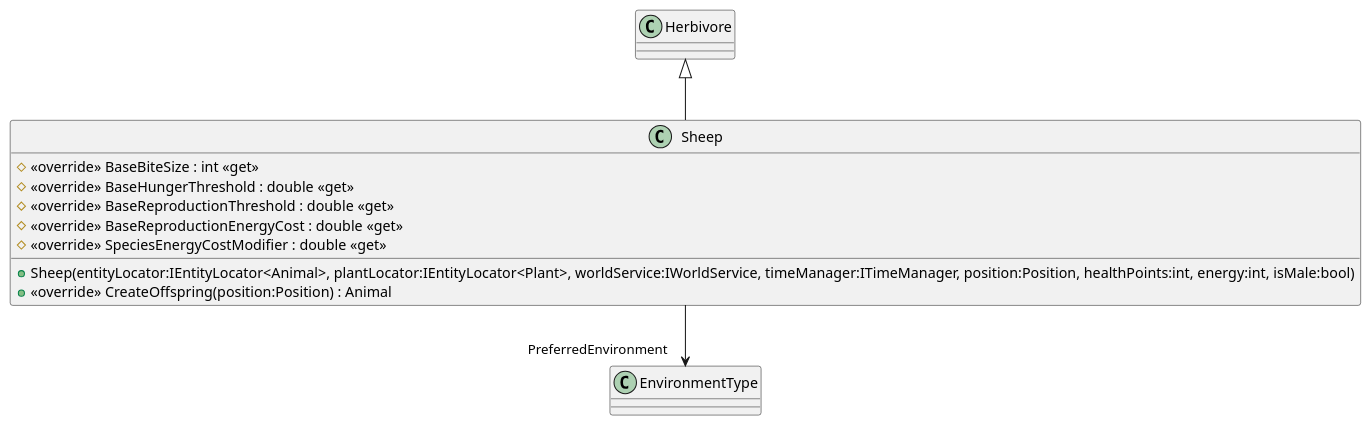
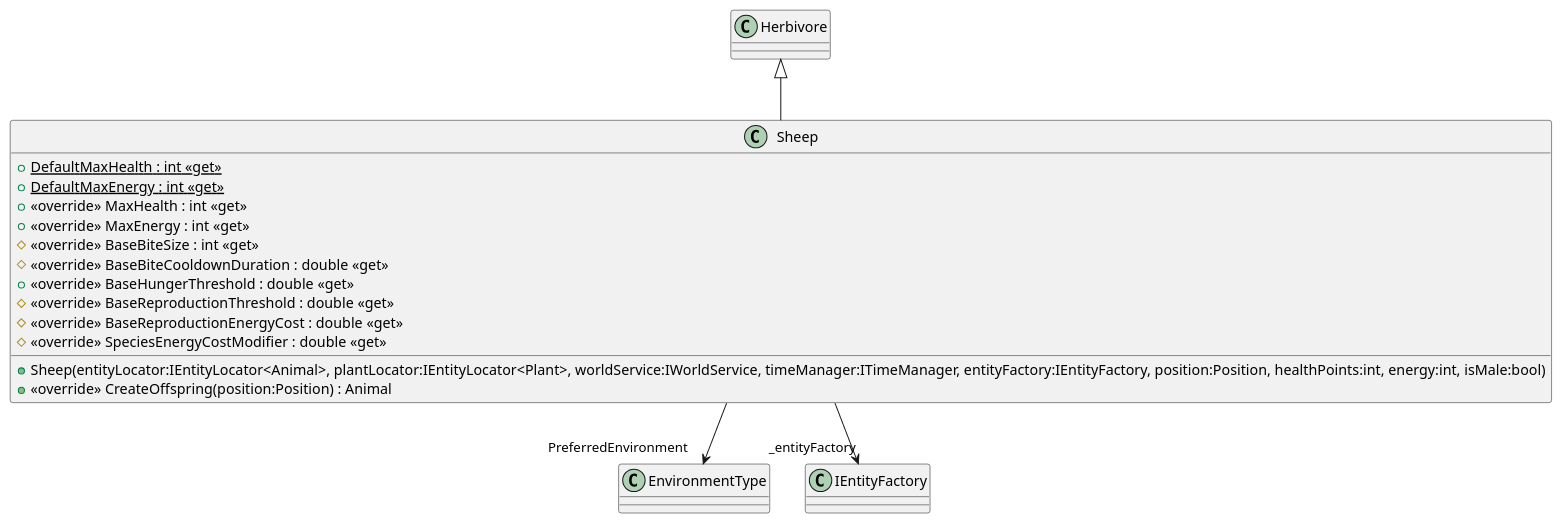
One commit to I42I/ecosystem changed the diagram in plantuml/Models/Entities/Animals/Herbivores/Sheep.puml. Above: the diagram before and after it, drawn with PlantUML. The commit also changed 65 other files, not shown here.

```diff
--- a/plantuml/Models/Entities/Animals/Herbivores/Sheep.puml
+++ b/plantuml/Models/Entities/Animals/Herbivores/Sheep.puml
@@ -1,13 +1,19 @@
 @startuml
 class Sheep {
+    + {static} DefaultMaxHealth : int <<get>>
+    + {static} DefaultMaxEnergy : int <<get>>
+    + <<override>> MaxHealth : int <<get>>
+    + <<override>> MaxEnergy : int <<get>>
     # <<override>> BaseBiteSize : int <<get>>
-    # <<override>> BaseHungerThreshold : double <<get>>
+    # <<override>> BaseBiteCooldownDuration : double <<get>>
+    + <<override>> BaseHungerThreshold : double <<get>>
     # <<override>> BaseReproductionThreshold : double <<get>>
     # <<override>> BaseReproductionEnergyCost : double <<get>>
     # <<override>> SpeciesEnergyCostModifier : double <<get>>
-    + Sheep(entityLocator:IEntityLocator<Animal>, plantLocator:IEntityLocator<Plant>, worldService:IWorldService, timeManager:ITimeManager, position:Position, healthPoints:int, energy:int, isMale:bool)
+    + Sheep(entityLocator:IEntityLocator<Animal>, plantLocator:IEntityLocator<Plant>, worldService:IWorldService, timeManager:ITimeManager, entityFactory:IEntityFactory, position:Position, healthPoints:int, energy:int, isMale:bool)
     + <<override>> CreateOffspring(position:Position) : Animal
 }
 Herbivore <|-- Sheep
 Sheep --> "PreferredEnvironment" EnvironmentType
+Sheep --> "_entityFactory" IEntityFactory
 @enduml
```
